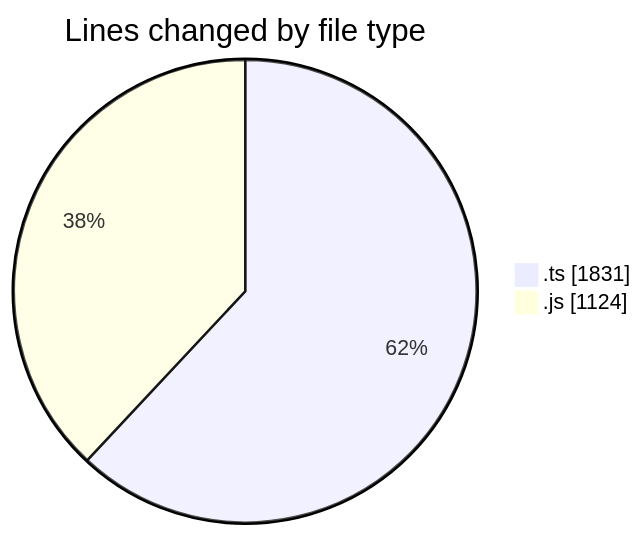
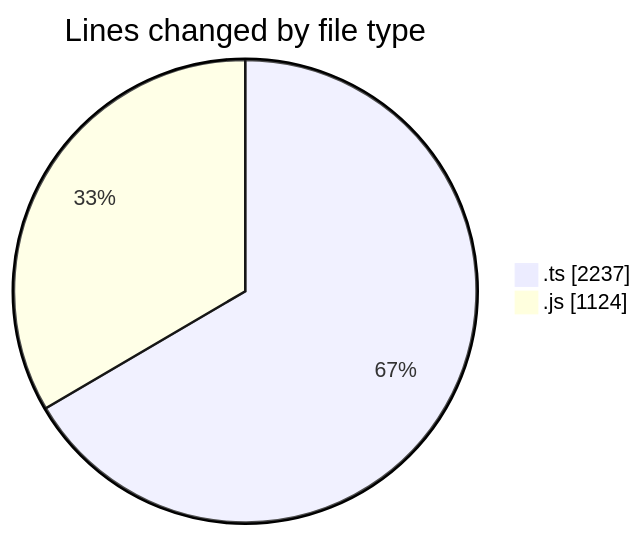
One commit to momahboobian/code-tracking changed the first of 2 diagrams in 2026-10-23/cda/README.md. Above: the diagram before and after it, drawn with Mermaid. The commit also changed other lines of this file and 1 other file, not shown here.

````diff
--- a/2026-10-23/cda/README.md
+++ b/2026-10-23/cda/README.md
@@ -23,6 +24,6 @@
 ```mermaid
 pie showData
 title Lines changed by file type
-".ts" : 1831
+".ts" : 2237
 ".js" : 1124
 ```
````
